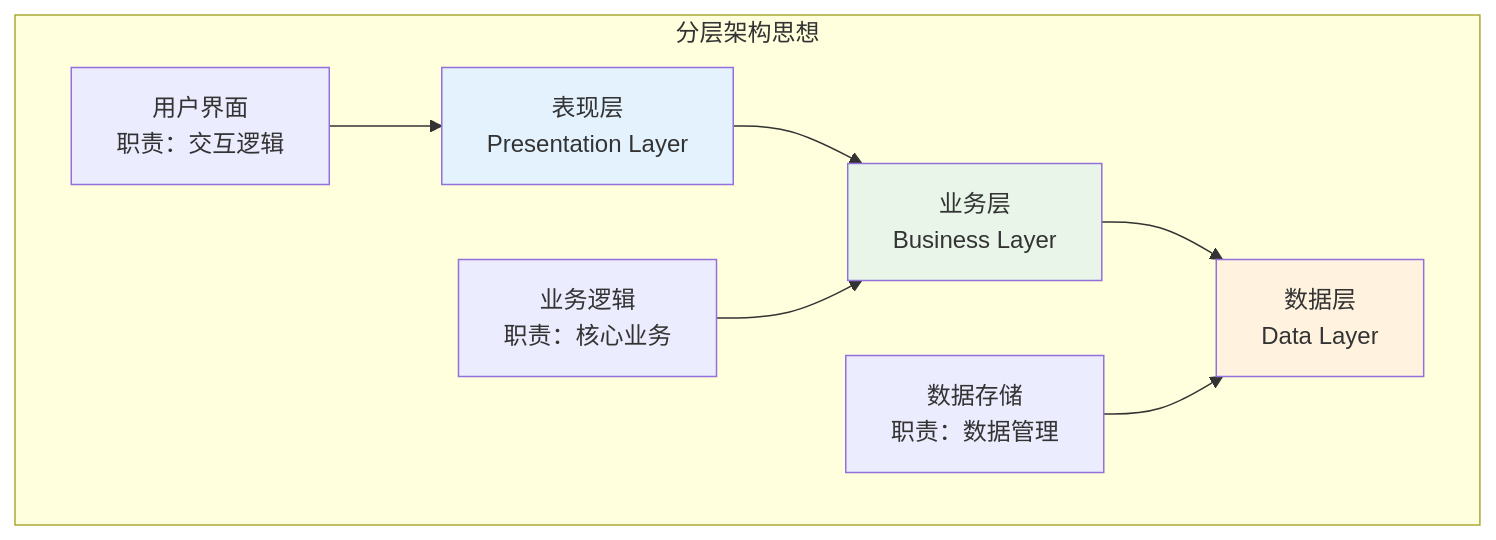
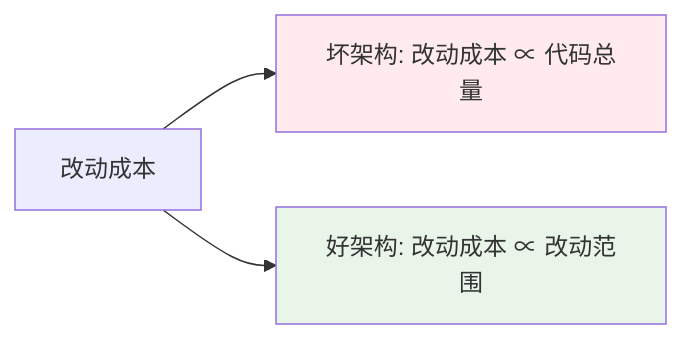
Before and after one commit to chongyang211/YCBookBlog: the third of 17 diagrams in 00.通用技术的提升/07.方案设计思想/卷一-架构与组件/01.通用架构设计方案.md, drawn with Mermaid. The commit also changed other lines of this file and 5 other files, not shown here.

````diff
--- a/00.通用技术的提升/07.方案设计思想/卷一-架构与组件/01.通用架构设计方案.md
+++ b/00.通用技术的提升/07.方案设计思想/卷一-架构与组件/01.通用架构设计方案.md
@@ -202,15 +126,8 @@
 ```mermaid
-graph TB
-    subgraph "分层架构思想"
-        A[表现层<br/>Presentation Layer] --> B[业务层<br/>Business Layer]
-        B --> C[数据层<br/>Data Layer]
-        
-        A1[用户界面<br/>职责：交互逻辑] --> A
-        B1[业务逻辑<br/>职责：核心业务] --> B
-        C1[数据存储<br/>职责：数据管理] --> C
-    end
+graph LR
+    A[改动成本] --> B[坏架构: 改动成本 ∝ 代码总量]
+    A --> C[好架构: 改动成本 ∝ 改动范围]
     
-    style A fill:#e3f2fd
-    style B fill:#e8f5e8
-    style C fill:#fff3e0
+    style B fill:#ffebee
+    style C fill:#e8f5e8
 ```
````
